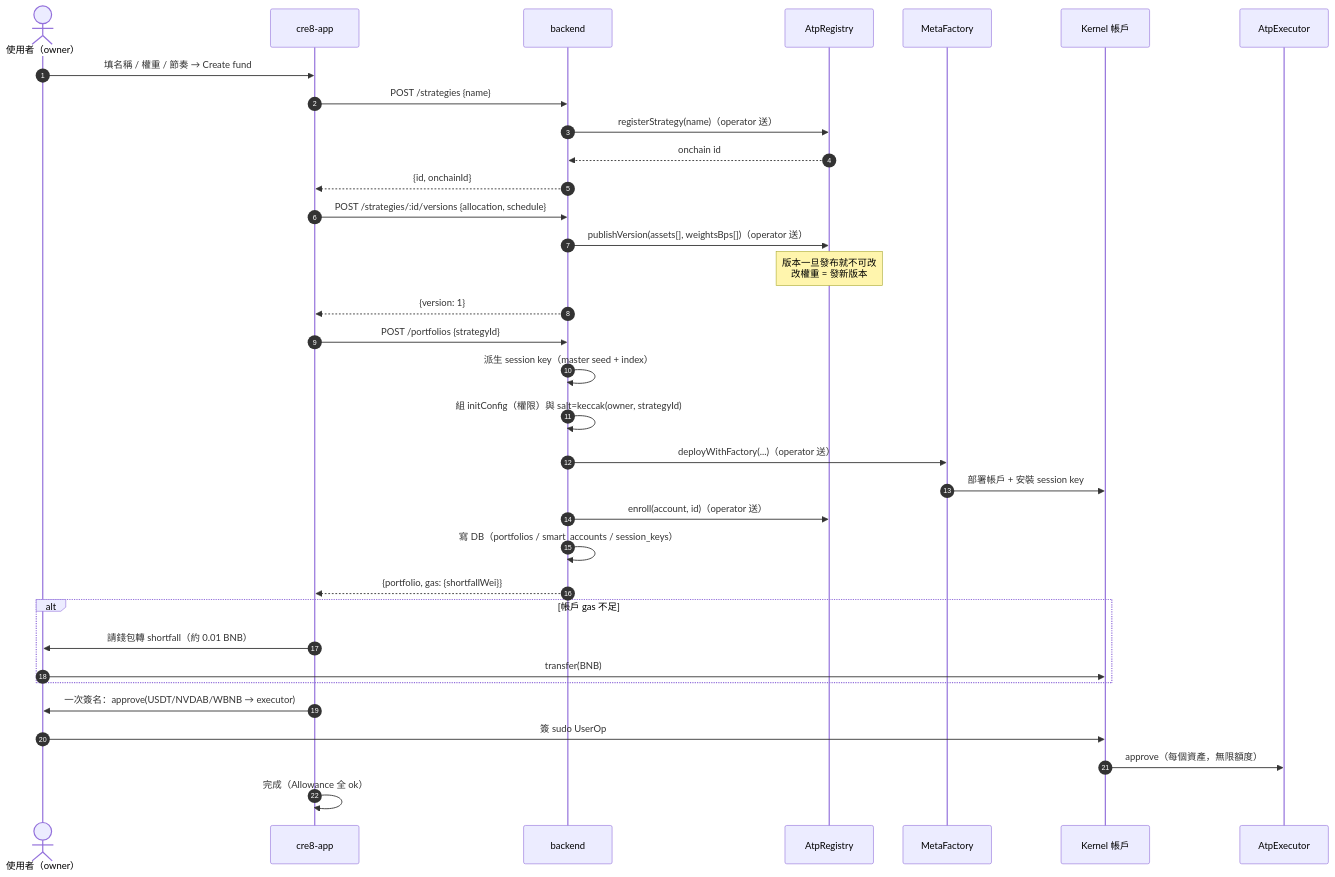
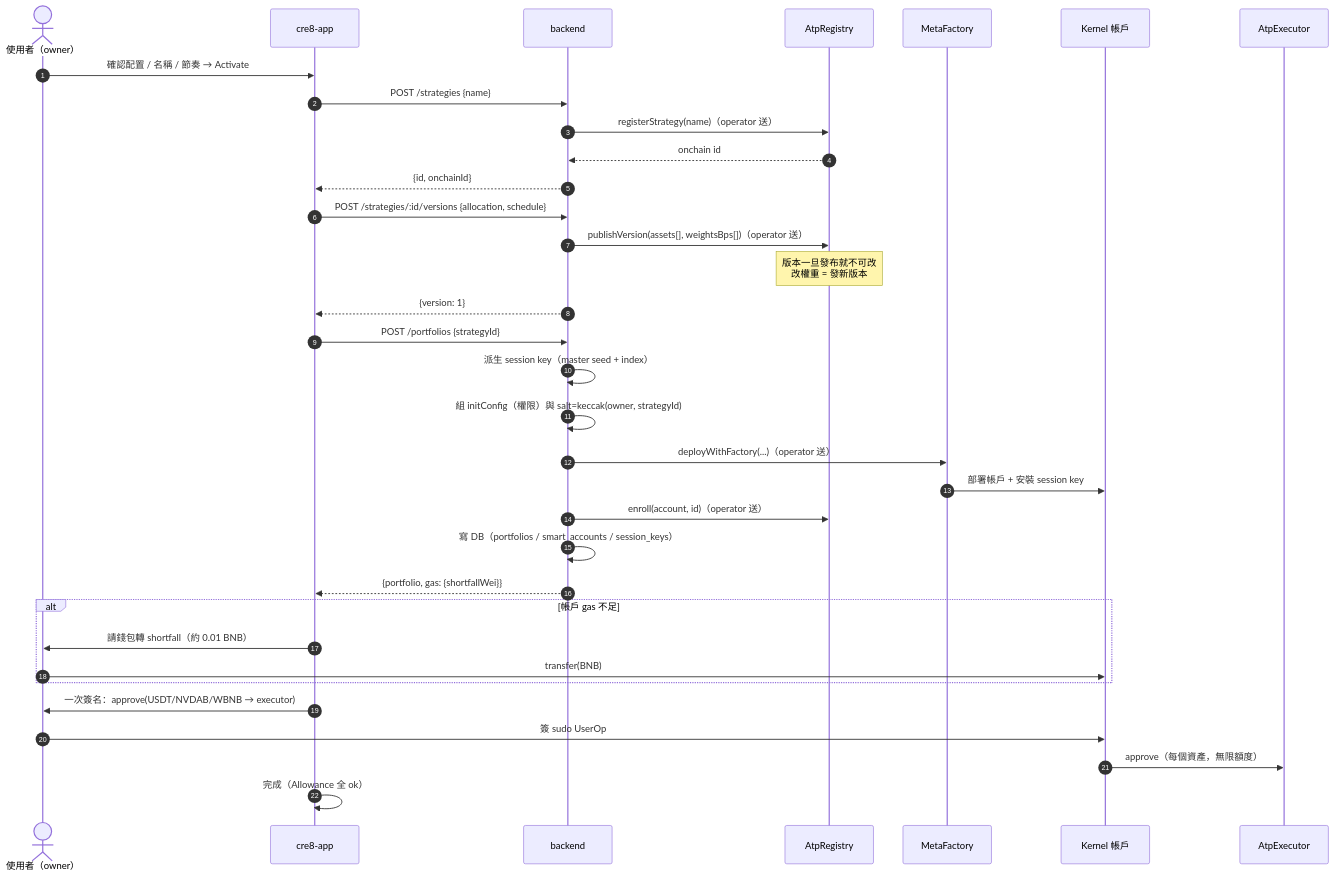
One commit to CRE88888888/cre8-app-public changed the third of 5 diagrams in docs/user-flow.md. Above: the diagram before and after it, drawn with Mermaid. The commit also changed other lines of this file and 638 other files, not shown here.

````diff
--- a/docs/user-flow.md
+++ b/docs/user-flow.md
@@ -98,41 +99,41 @@
 ```mermaid
 sequenceDiagram
     autonumber
     actor U as 使用者（owner）
     participant App as cre8-app
     participant BE as backend
     participant Reg as AtpRegistry
     participant Fac as MetaFactory
     participant Acct as Kernel 帳戶
     participant Er as AtpExecutor
 
-    U->>App: 填名稱 / 權重 / 節奏 → Create fund
+    U->>App: 確認配置 / 名稱 / 節奏 → Activate
     App->>BE: POST /strategies {name}
     BE->>Reg: registerStrategy(name)（operator 送）
     Reg-->>BE: onchain id
     BE-->>App: {id, onchainId}
 
     App->>BE: POST /strategies/:id/versions {allocation, schedule}
     BE->>Reg: publishVersion(assets[], weightsBps[])（operator 送）
     Note over Reg: 版本一旦發布就不可改<br/>改權重 = 發新版本
     BE-->>App: {version: 1}
 
     App->>BE: POST /portfolios {strategyId}
     BE->>BE: 派生 session key（master seed + index）
     BE->>BE: 組 initConfig（權限）與 salt=keccak(owner, strategyId)
     BE->>Fac: deployWithFactory(...)（operator 送）
     Fac->>Acct: 部署帳戶 + 安裝 session key
     BE->>Reg: enroll(account, id)（operator 送）
     BE->>BE: 寫 DB（portfolios / smart_accounts / session_keys）
     BE-->>App: {portfolio, gas: {shortfallWei}}
 
     alt 帳戶 gas 不足
         App->>U: 請錢包轉 shortfall（約 0.01 BNB）
         U->>Acct: transfer(BNB)
     end
 
     App->>U: 一次簽名：approve(USDT/NVDAB/WBNB → executor)
     U->>Acct: 簽 sudo UserOp
     Acct->>Er: approve（每個資產，無限額度）
     App->>App: 完成（Allowance 全 ok）
 ```
````
